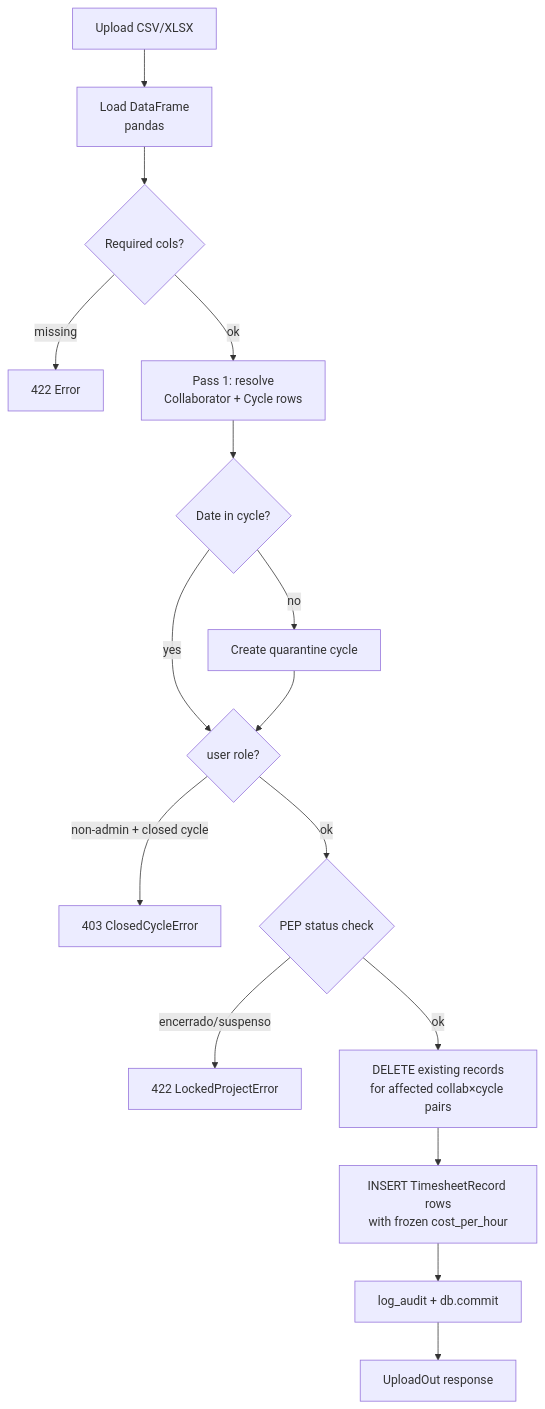
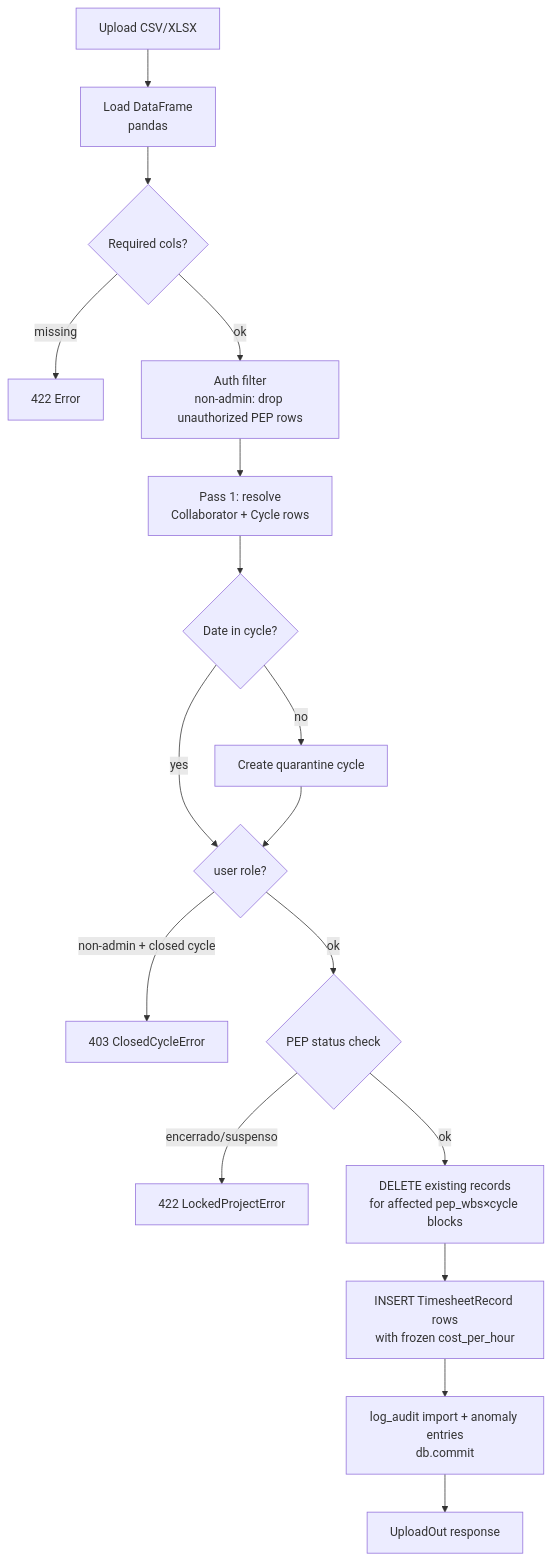
One commit to RtaSistemas/PMAS changed the second of 6 diagrams in manual.md. Above: the diagram before and after it, drawn with Mermaid. The commit also changed other lines of this file, not shown here.

````diff
--- a/manual.md
+++ b/manual.md
@@ -115,18 +140,19 @@
 ```mermaid
 flowchart TD
     U[Upload CSV/XLSX] --> LD[Load DataFrame\npandas]
     LD --> V{Required cols?}
     V -- missing --> E1[422 Error]
-    V -- ok --> P1[Pass 1: resolve\nCollaborator + Cycle rows]
+    V -- ok --> AF[Auth filter\nnon-admin: drop unauthorized PEP rows]
+    AF --> P1[Pass 1: resolve\nCollaborator + Cycle rows]
     P1 --> QC{Date in cycle?}
     QC -- no --> QQ[Create quarantine cycle]
     QC -- yes --> RBAC{user role?}
     QQ --> RBAC
     RBAC -- non-admin + closed cycle --> E2[403 ClosedCycleError]
     RBAC -- ok --> PL{PEP status check}
     PL -- encerrado/suspenso --> E3[422 LockedProjectError]
-    PL -- ok --> DEL[DELETE existing records\nfor affected collab×cycle pairs]
+    PL -- ok --> DEL[DELETE existing records\nfor affected pep_wbs×cycle blocks]
     DEL --> INS[INSERT TimesheetRecord rows\nwith frozen cost_per_hour]
-    INS --> AUD[log_audit + db.commit]
+    INS --> AUD[log_audit import + anomaly entries\ndb.commit]
     AUD --> R[UploadOut response]
 ```
````
